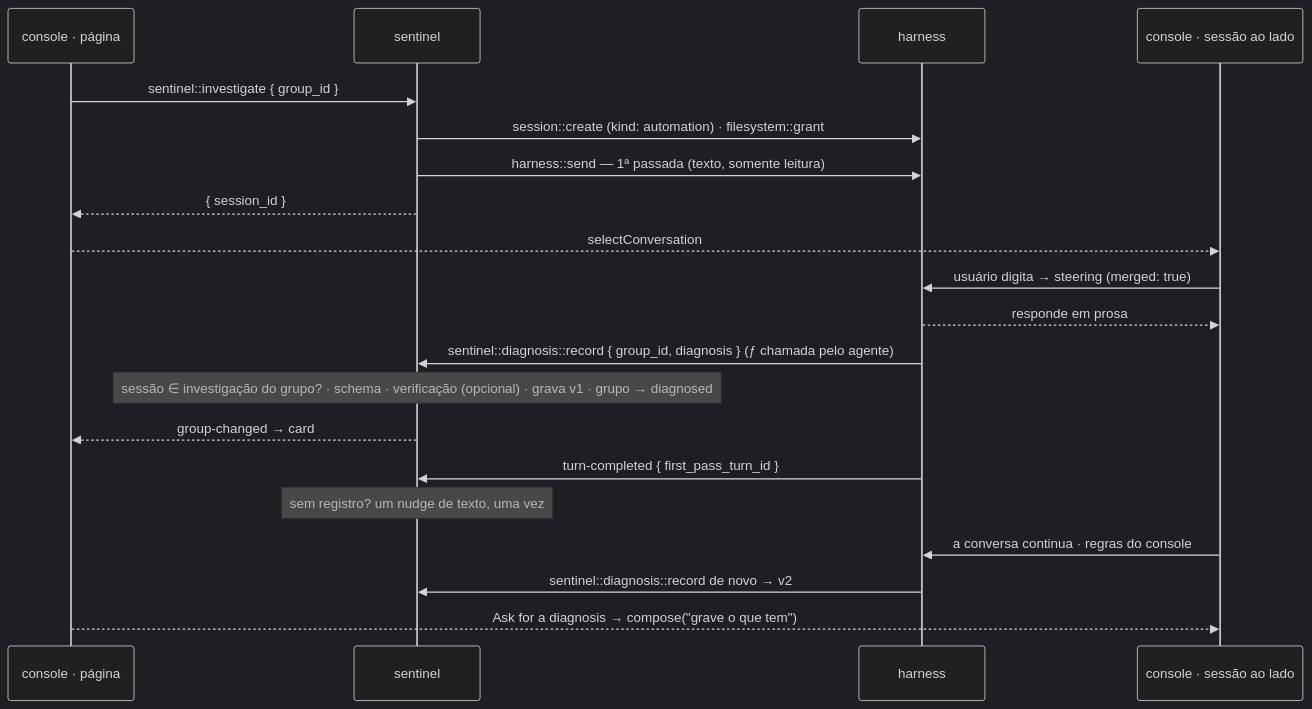
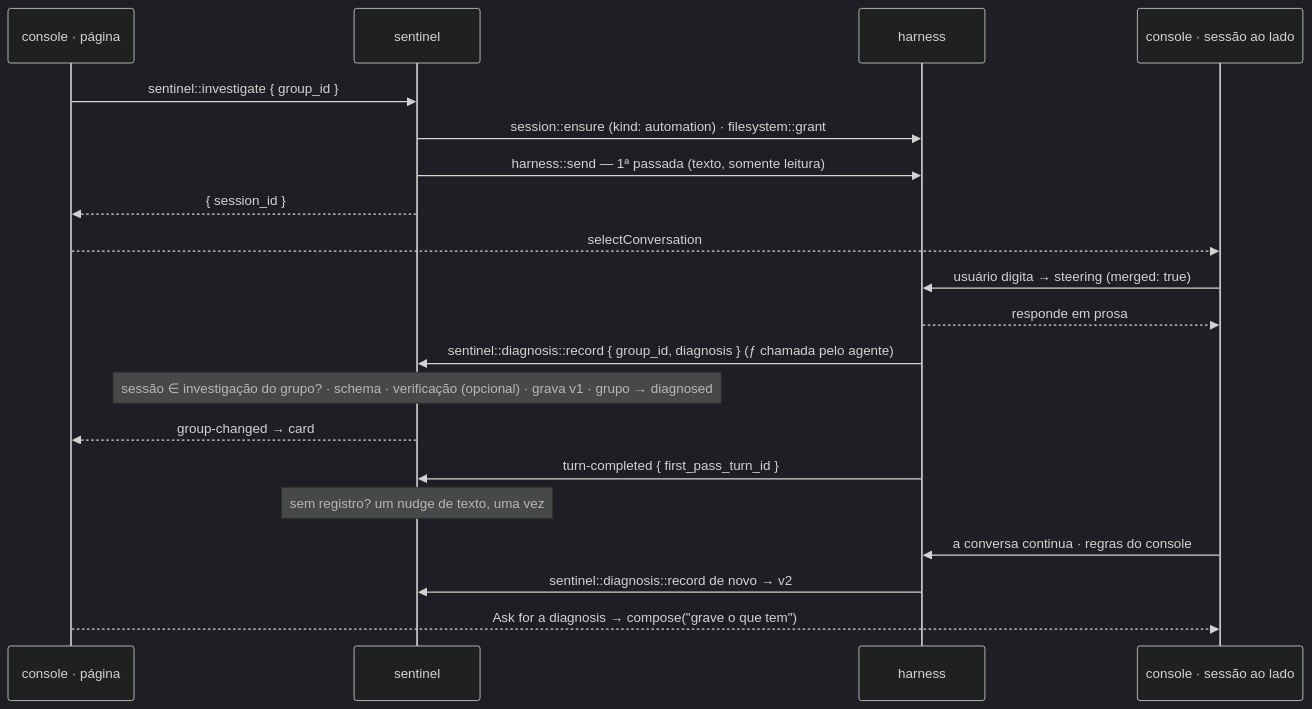
The fourth of 4 diagrams in tech-specs/2026-09-sentinel/sentinel.md (iii-hq/workers), drawn with Mermaid (dark theme) before and after one commit. The commit also changed other lines of this file and 2 other files, not shown here.

````diff
--- a/tech-specs/2026-09-sentinel/sentinel.md
+++ b/tech-specs/2026-09-sentinel/sentinel.md
@@ -837,23 +851,23 @@
 ```mermaid
 sequenceDiagram
   participant P as console · página
   participant S as sentinel
   participant H as harness
   participant C as console · sessão ao lado
 
   P->>S: sentinel::investigate { group_id }
-  S->>H: session::create (kind: automation) · filesystem::grant
+  S->>H: session::ensure (kind: automation) · filesystem::grant
   S->>H: harness::send — 1ª passada (texto, somente leitura)
   S-->>P: { session_id }
   P-->>C: selectConversation
   C->>H: usuário digita → steering (merged: true)
   H-->>C: responde em prosa
   H->>S: sentinel::diagnosis::record { group_id, diagnosis } (ƒ chamada pelo agente)
   Note over S: sessão ∈ investigação do grupo? · schema · verificação (opcional) · grava v1 · grupo → diagnosed
   S-->>P: group-changed → card
   H->>S: turn-completed { first_pass_turn_id }
   Note over S: sem registro? um nudge de texto, uma vez
   C->>H: a conversa continua · regras do console
   H->>S: sentinel::diagnosis::record de novo → v2
   P-->>C: Ask for a diagnosis → compose("grave o que tem")
 ```
````
